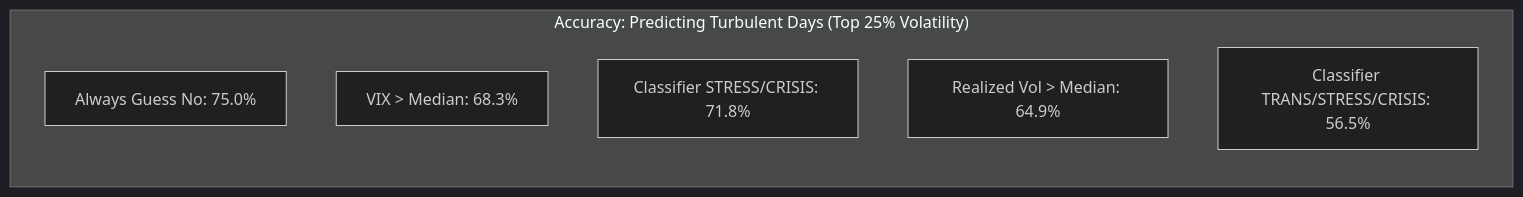
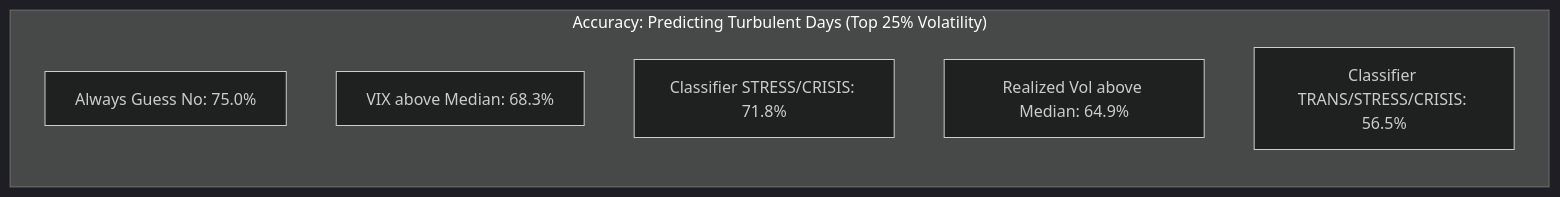
Before and after one commit to VarunGore36/regime-classifier: the fourth of 20 diagrams in VISUALIZATION.md, drawn with Mermaid (dark theme). The commit also changed other lines of this file, not shown here.

````diff
--- a/VISUALIZATION.md
+++ b/VISUALIZATION.md
@@ -68,11 +68,11 @@
 ```mermaid
 flowchart LR
     subgraph "Accuracy: Predicting Turbulent Days (Top 25% Volatility)"
         direction TB
         B1[Always Guess No: 75.0%]
-        B2[VIX > Median: 68.3%]
+        B2[VIX above Median: 68.3%]
         B3[Classifier STRESS/CRISIS: 71.8%]
-        B4[Realized Vol > Median: 64.9%]
+        B4[Realized Vol above Median: 64.9%]
         B5[Classifier TRANS/STRESS/CRISIS: 56.5%]
     end
 ```
````
